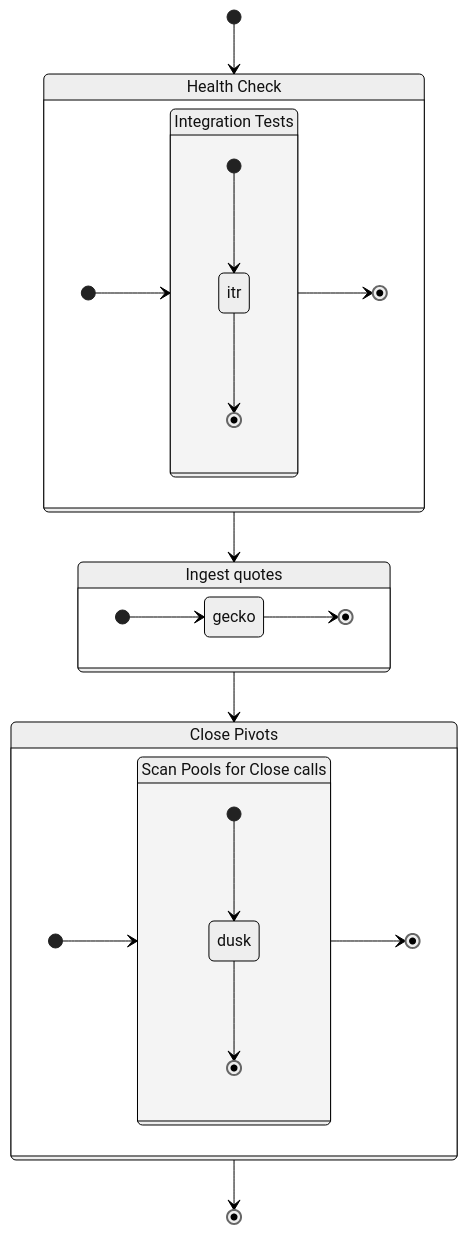
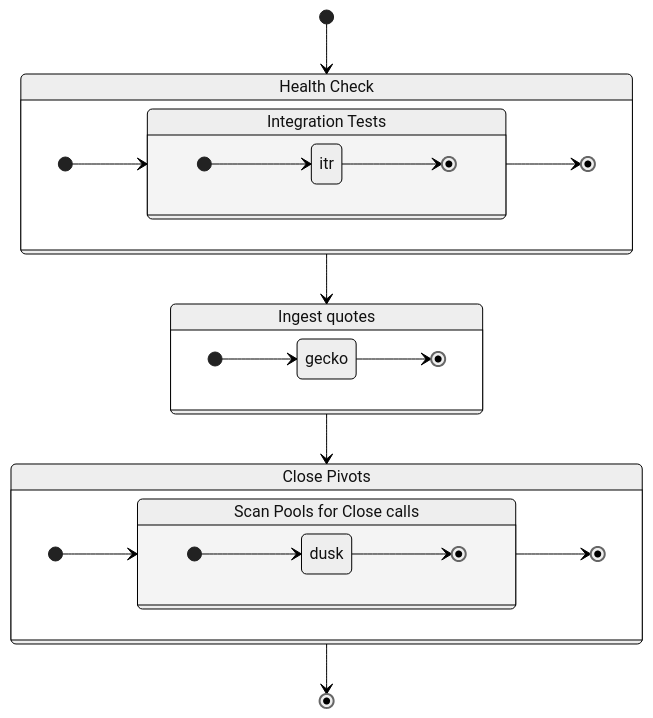
The diagram in dapps/README.md (pivoteur/protocol), drawn with Mermaid (neutral theme) before and after one commit.

Commit message:
trying different flow on state-diagram

````diff
--- a/dapps/README.md
+++ b/dapps/README.md
@@ -5,40 +5,42 @@
 ```mermaid
 stateDiagram-v2
    [*] --> Tests
    Tests --> Quotes
    Quotes --> Closes
    Closes --> [*]
 
    Tests: Health Check
    state Tests {
       direction LR
       [*] --> Integration
       Integration --> [*]
 
       Integration: Integration Tests
       state Integration {
+         direction LR
          [*] --> itr
          itr --> [*]
       }
    }
 
    Quotes: Ingest quotes
    state Quotes {
       direction LR
       [*] --> gecko
       gecko --> [*]
    }
 
    Closes: Close Pivots
    state Closes {
       direction LR
       [*] --> Scan
       Scan --> [*]
 
       Scan: Scan Pools for Close calls
       state Scan {
+         direction LR
          [*] --> dusk
          dusk --> [*]
       }
    }
 ```
````
